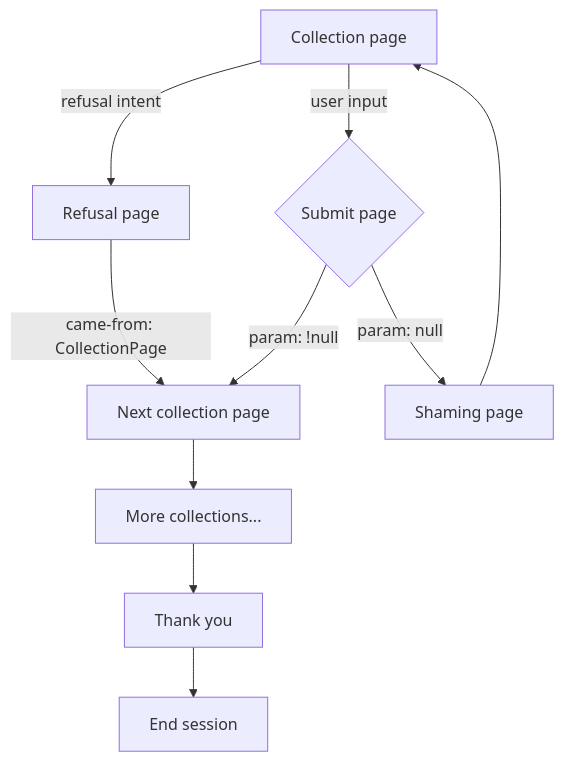
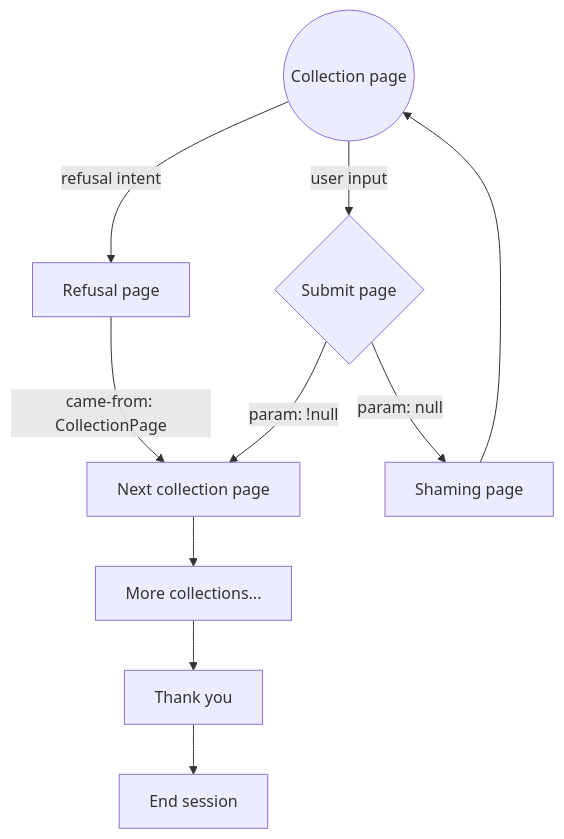
One commit to rchDev/game-of-points changed the third of 3 diagrams in docs/conv-agent.md. Above: the diagram before and after it, drawn with Mermaid.

````diff
--- a/docs/conv-agent.md
+++ b/docs/conv-agent.md
@@ -119,21 +119,21 @@
 ```mermaid
 graph TD
-    CollectionPage["Collection page"]
+    CollectionPage@{ shape: circle, label: "Collection page" }
     SubmitPage{"Submit page"}
     RefusalPage["Refusal page"]
     NextCollectionPage["Next collection page"]
     ShamingPage["Shaming page"]
     MoreCollection["More collections..."]
     ThankYou["Thank you"]
     SessionEnd["End session"]
 
     CollectionPage -->|"user input"| SubmitPage
     CollectionPage -->|"refusal intent"| RefusalPage
     RefusalPage -->|"came-from: CollectionPage"| NextCollectionPage
     SubmitPage -->|"param: !null"| NextCollectionPage
     SubmitPage -->|"param: null"| ShamingPage
     ShamingPage --> CollectionPage
     NextCollectionPage --> MoreCollection
     MoreCollection --> ThankYou
     ThankYou --> SessionEnd
 ```
````
